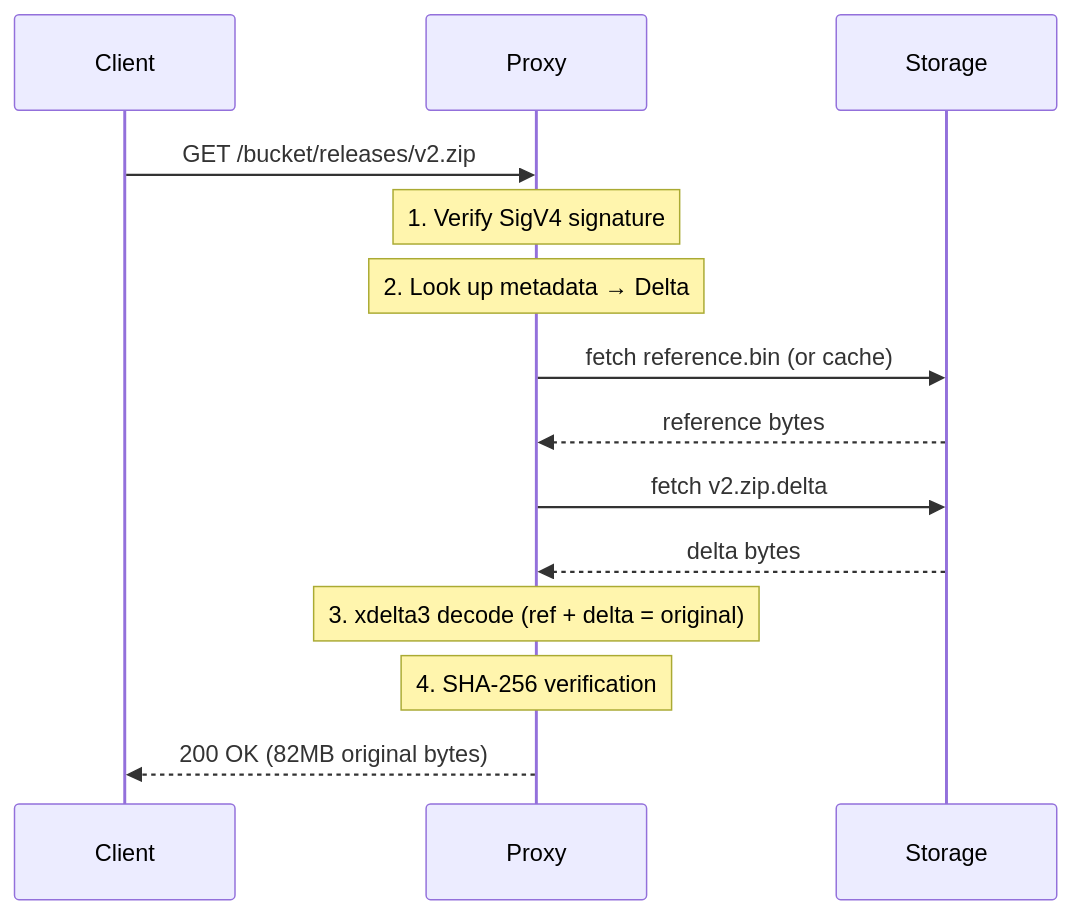
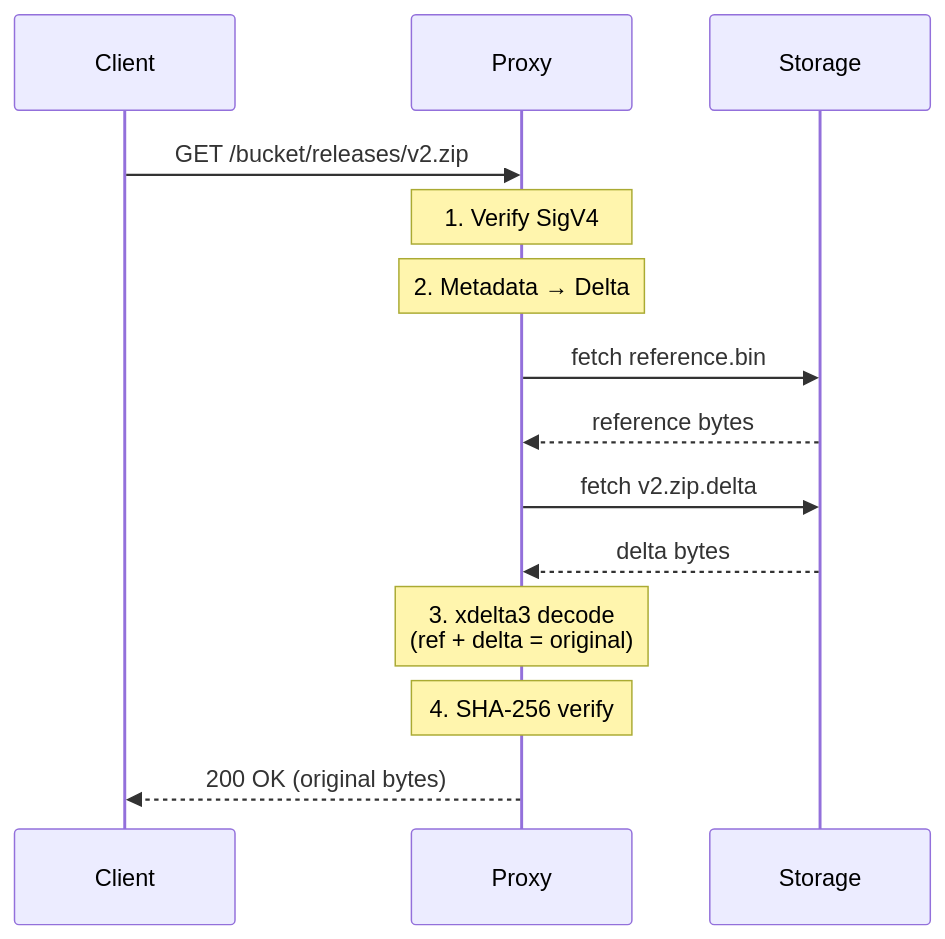
Before and after one commit to beshu-tech/deltaglider_proxy: the diagram in docs/DELTA_RECONSTRUCTION.md, drawn with Mermaid.

Commit message:
Fix Mermaid note overflow: shorten text, use line breaks
The 'Note over' boxes in the sequence diagram had text overflowing
the background rectangle. Shortened note labels and used <br/> for
multi-line content to fit within Mermaid's note box sizing.

````diff
--- a/docs/DELTA_RECONSTRUCTION.md
+++ b/docs/DELTA_RECONSTRUCTION.md
@@ -9,17 +9,17 @@
 ```mermaid
 sequenceDiagram
     participant C as Client
     participant P as Proxy
     participant S as Storage
 
     C->>P: GET /bucket/releases/v2.zip
-    Note over P: 1. Verify SigV4 signature
-    Note over P: 2. Look up metadata → Delta
-    P->>S: fetch reference.bin (or cache)
+    Note over P: 1. Verify SigV4
+    Note over P: 2. Metadata → Delta
+    P->>S: fetch reference.bin
     S-->>P: reference bytes
     P->>S: fetch v2.zip.delta
     S-->>P: delta bytes
-    Note over P: 3. xdelta3 decode (ref + delta = original)
-    Note over P: 4. SHA-256 verification
-    P-->>C: 200 OK (82MB original bytes)
+    Note over P: 3. xdelta3 decode<br/>(ref + delta = original)
+    Note over P: 4. SHA-256 verify
+    P-->>C: 200 OK (original bytes)
 ```
````
